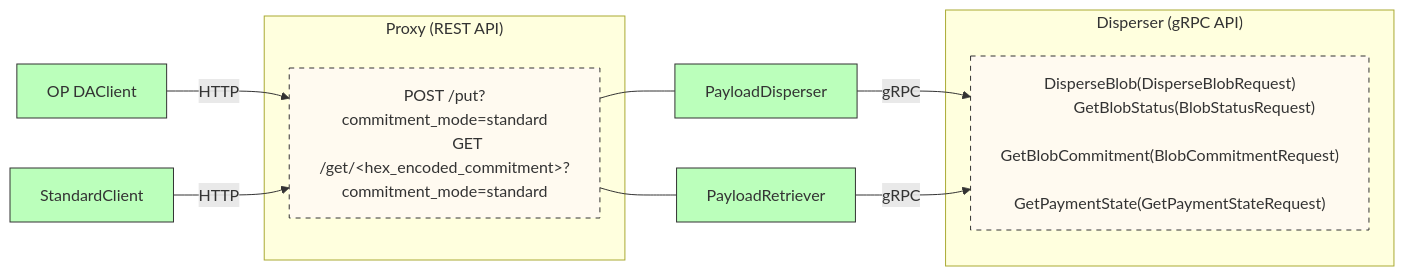
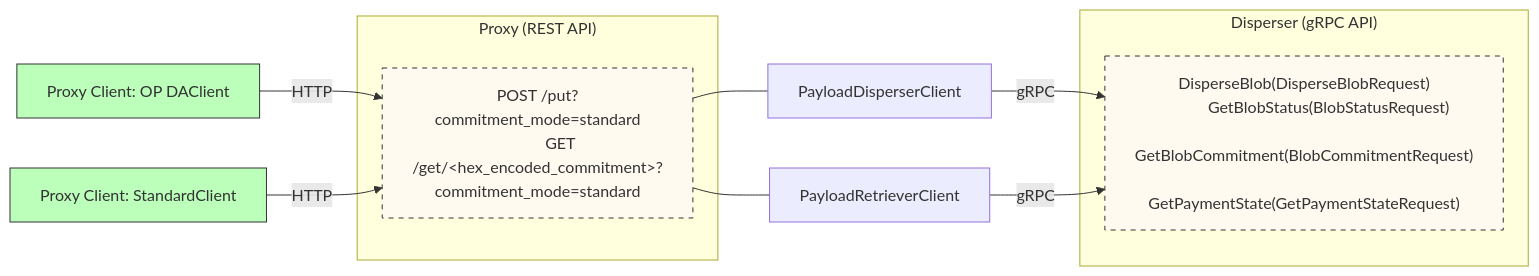
One commit to Layr-Labs/eigencloud-docs changed the diagram in docs/products/eigenda/integrations-guides/overview.md. Above: the diagram before and after it, drawn with Mermaid. The commit also changed other lines of this file, not shown here.

Commit message:
Clarified different options for integrating and differnt client types

````diff
--- a/docs/products/eigenda/integrations-guides/overview.md
+++ b/docs/products/eigenda/integrations-guides/overview.md
@@ -12,38 +20,38 @@
 ```mermaid
 graph LR
     
     subgraph "Proxy (REST API)"
         PROXY_ENDPOINTS["
             POST /put?commitment_mode=standard
             GET /get/&lt;hex_encoded_commitment&gt;?commitment_mode=standard
         "]
     end
     
     subgraph "Disperser (gRPC API)"
         DISPERSER_ENDPOINTS["
             DisperseBlob(DisperseBlobRequest)
             GetBlobStatus(BlobStatusRequest)
             GetBlobCommitment(BlobCommitmentRequest)
             GetPaymentState(GetPaymentStateRequest)
         "]
     end
     
-    OP_DAClient["OP DAClient"] -->|HTTP| PROXY_ENDPOINTS
-    StandardClient -->|HTTP| PROXY_ENDPOINTS
+    OP_DAClient["Proxy Client: OP DAClient"] -->|HTTP| PROXY_ENDPOINTS
+    StandardClient["Proxy Client: StandardClient"] -->|HTTP| PROXY_ENDPOINTS
 
-    PROXY_ENDPOINTS --- PayloadDisperser
-    PROXY_ENDPOINTS --- PayloadRetriever
+    PROXY_ENDPOINTS --- PayloadDisperserClient
+    PROXY_ENDPOINTS --- PayloadRetrieverClient
 
-    PayloadDisperser -->|gRPC| DISPERSER_ENDPOINTS
-    PayloadRetriever -->|gRPC| DISPERSER_ENDPOINTS
+    PayloadDisperserClient -->|gRPC| DISPERSER_ENDPOINTS
+    PayloadRetrieverClient -->|gRPC| DISPERSER_ENDPOINTS
     
     classDef client fill:#bfb,stroke:#333,stroke-width:1px;
     classDef endpoints fill:#fffaf0,stroke:#333,stroke-dasharray: 5 5;
     
     class OP_DAClient client;
     class PayloadDisperser client;
     class PayloadRetriever client;
     class StandardClient client;
     class PROXY_ENDPOINTS,DISPERSER_ENDPOINTS endpoints;
 
 ```
````
